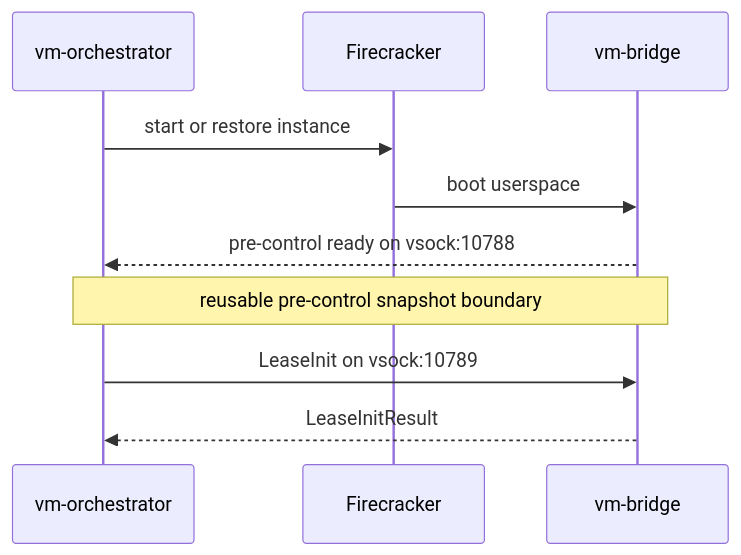
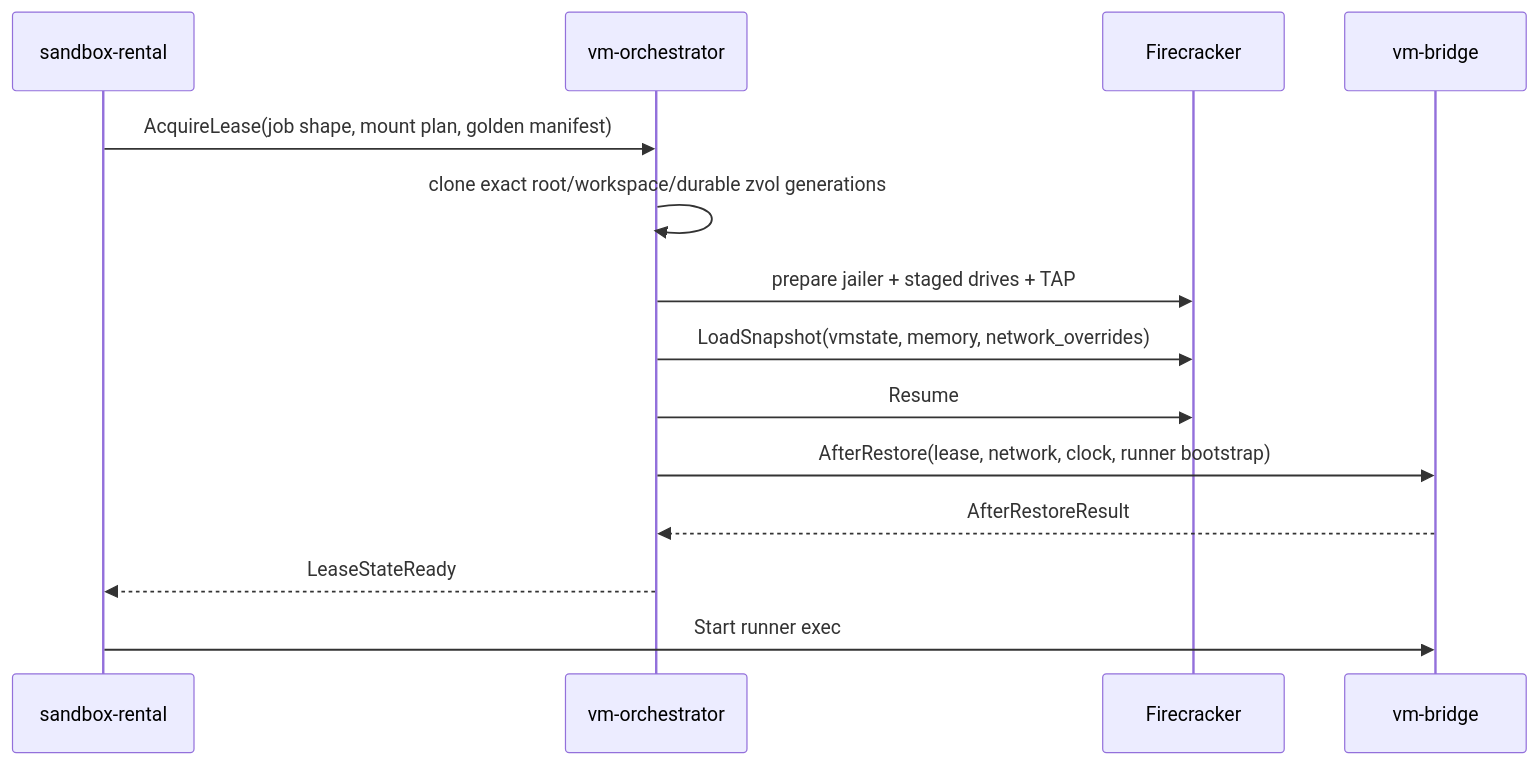
The third of 6 diagrams in src/substrate/vm-orchestrator/docs/firecracker-snapshot-lifecycle.md (guardian-intelligence/verself), drawn with Mermaid before and after one commit. The commit also changed other lines of this file and 14 other files, not shown here.

Commit message:
Document golden VM snapshot artifacts

````diff
--- a/src/substrate/vm-orchestrator/docs/firecracker-snapshot-lifecycle.md
+++ b/src/substrate/vm-orchestrator/docs/firecracker-snapshot-lifecycle.md
@@ -38,13 +71,17 @@
 ```mermaid
 sequenceDiagram
+    participant SR as sandbox-rental
     participant VMO as vm-orchestrator
     participant FC as Firecracker
     participant VB as vm-bridge
 
-    VMO->>FC: start or restore instance
-    FC->>VB: boot userspace
-    VB-->>VMO: pre-control ready on vsock:10788
-    Note over VMO,VB: reusable pre-control snapshot boundary
-    VMO->>VB: LeaseInit on vsock:10789
-    VB-->>VMO: LeaseInitResult
+    SR->>VMO: AcquireLease(job shape, mount plan, golden manifest)
+    VMO->>VMO: clone exact root/workspace/durable zvol generations
+    VMO->>FC: prepare jailer + staged drives + TAP
+    VMO->>FC: LoadSnapshot(vmstate, memory, network_overrides)
+    VMO->>FC: Resume
+    VMO->>VB: AfterRestore(lease, network, clock, runner bootstrap)
+    VB-->>VMO: AfterRestoreResult
+    VMO-->>SR: LeaseStateReady
+    SR->>VB: Start runner exec
 ```
````
